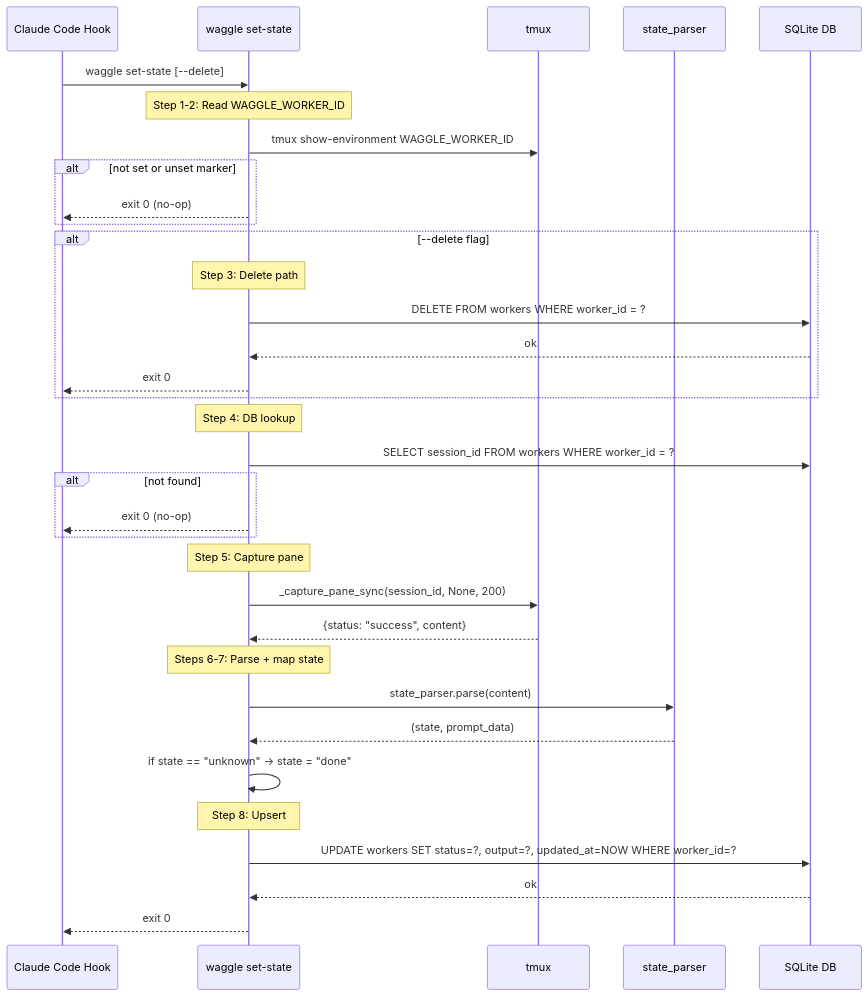
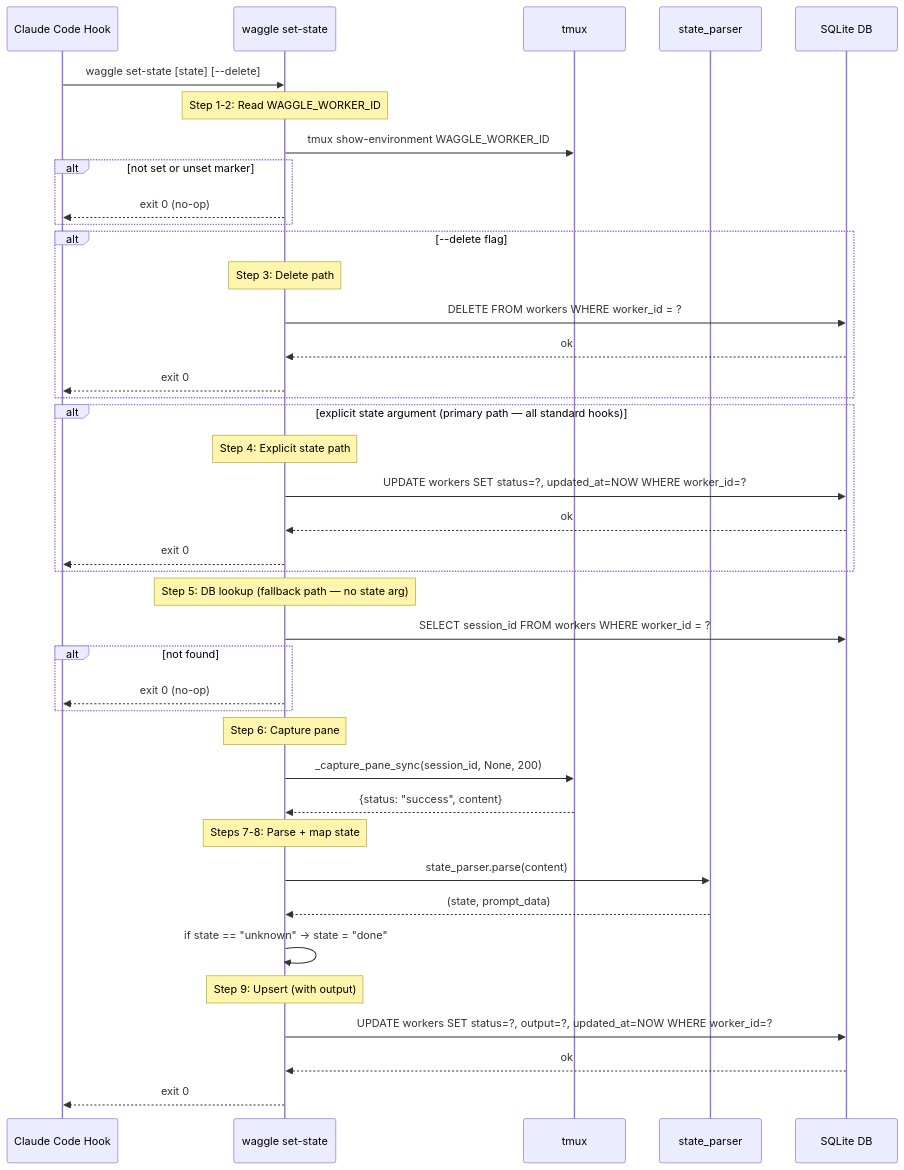
The diagram in docs/architecture/waggle_set_state.md (gabemahoney/waggle), drawn with Mermaid before and after one commit. The commit also changed other lines of this file and 1 other file, not shown here.

Commit message:
Fix README and waggle_set_state.md inaccuracies
- README: hooks are primary state mechanism; state_parser is fallback only
- README: add missing --- separators before send_input, approve_permission, answer_question
- README: update architecture component count 7→10; add REST API, State Monitor, Queue System
- README: add waggle sting to CLI component description
- waggle_set_state.md: overview, flow, and sequence diagram now show explicit-state
  short-circuit path (primary) vs pane-capture fallback path

````diff
--- a/docs/architecture/waggle_set_state.md
+++ b/docs/architecture/waggle_set_state.md
@@ -86,44 +91,51 @@
 ```mermaid
 sequenceDiagram
     participant H as Claude Code Hook
     participant CLI as waggle set-state
     participant TX as tmux
     participant SP as state_parser
     participant DB as SQLite DB
 
-    H->>CLI: waggle set-state [--delete]
+    H->>CLI: waggle set-state [state] [--delete]
 
     Note over CLI: Step 1-2: Read WAGGLE_WORKER_ID
     CLI->>TX: tmux show-environment WAGGLE_WORKER_ID
     alt not set or unset marker
         CLI-->>H: exit 0 (no-op)
     end
 
     alt --delete flag
         Note over CLI: Step 3: Delete path
         CLI->>DB: DELETE FROM workers WHERE worker_id = ?
         DB-->>CLI: ok
         CLI-->>H: exit 0
     end
 
-    Note over CLI: Step 4: DB lookup
+    alt explicit state argument (primary path — all standard hooks)
+        Note over CLI: Step 4: Explicit state path
+        CLI->>DB: UPDATE workers SET status=?, updated_at=NOW WHERE worker_id=?
+        DB-->>CLI: ok
+        CLI-->>H: exit 0
+    end
+
+    Note over CLI: Step 5: DB lookup (fallback path — no state arg)
     CLI->>DB: SELECT session_id FROM workers WHERE worker_id = ?
     alt not found
         CLI-->>H: exit 0 (no-op)
     end
 
-    Note over CLI: Step 5: Capture pane
+    Note over CLI: Step 6: Capture pane
     CLI->>TX: _capture_pane_sync(session_id, None, 200)
     TX-->>CLI: {status: "success", content}
 
-    Note over CLI: Steps 6-7: Parse + map state
+    Note over CLI: Steps 7-8: Parse + map state
     CLI->>SP: state_parser.parse(content)
     SP-->>CLI: (state, prompt_data)
     CLI->>CLI: if state == "unknown" → state = "done"
 
-    Note over CLI: Step 8: Upsert
+    Note over CLI: Step 9: Upsert (with output)
     CLI->>DB: UPDATE workers SET status=?, output=?, updated_at=NOW WHERE worker_id=?
     DB-->>CLI: ok
 
     CLI-->>H: exit 0
 ```
````
